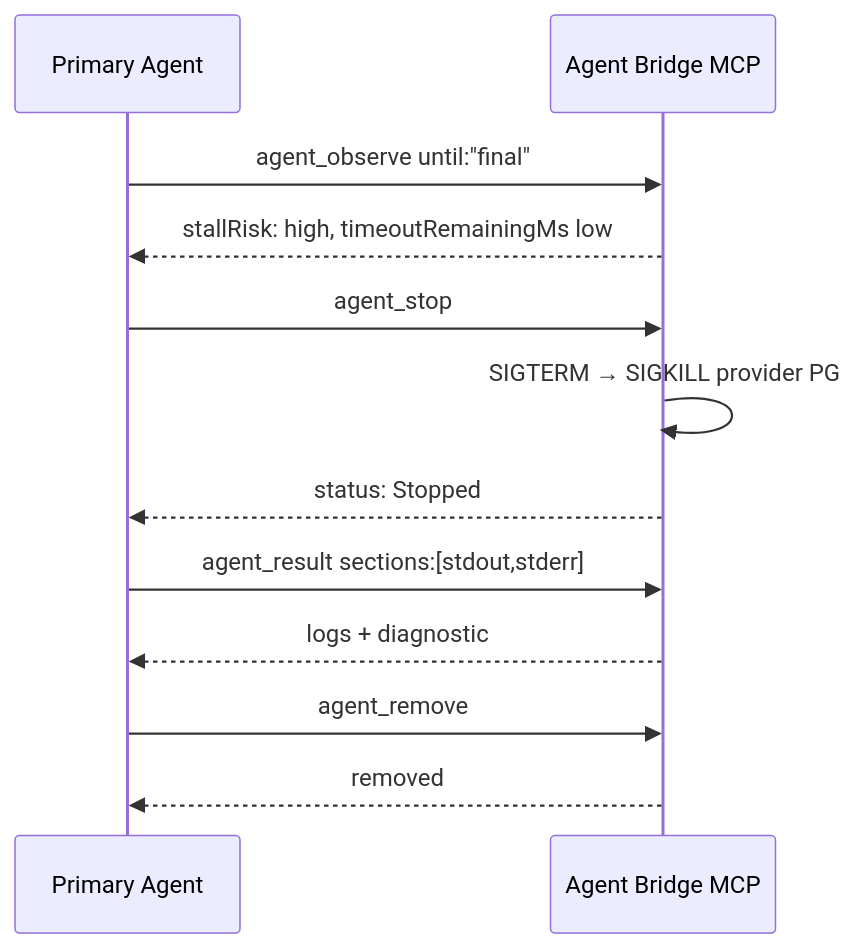
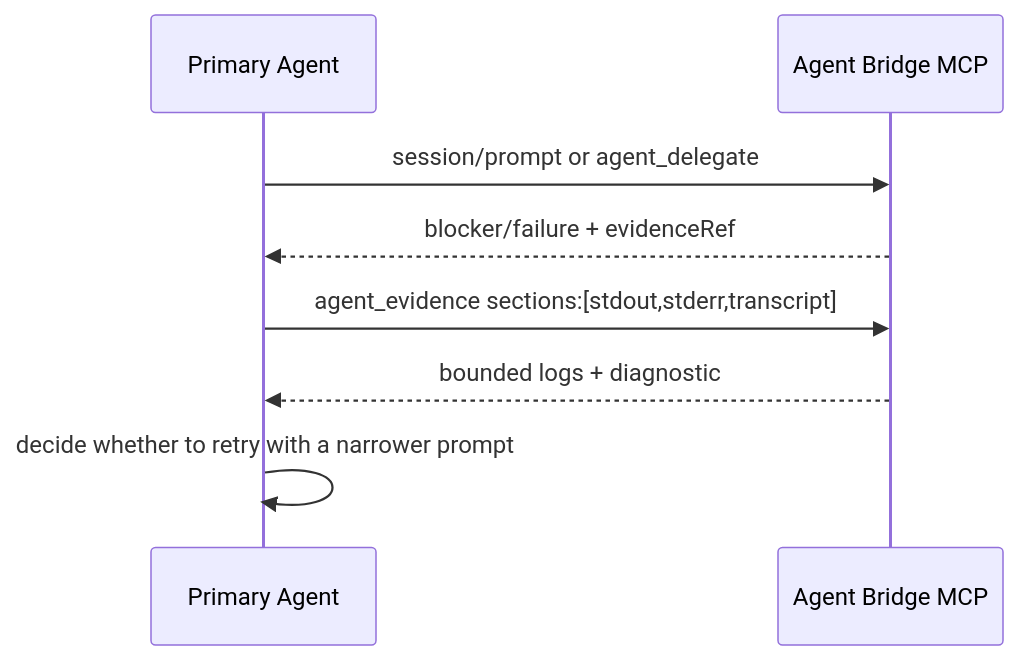
The second of 3 diagrams in docs/BUSINESS-CONTEXT.md (0x7067/agent-bridge-mcp), drawn with Mermaid before and after one commit. The commit also changed other lines of this file and 32 other files, not shown here.

````diff
--- a/docs/BUSINESS-CONTEXT.md
+++ b/docs/BUSINESS-CONTEXT.md
@@ -119,15 +119,11 @@
 ```mermaid
 sequenceDiagram
     participant Caller as Primary Agent
     participant AB as Agent Bridge MCP
 
-    Caller->>AB: agent_observe until:"final"
-    AB-->>Caller: stallRisk: high, timeoutRemainingMs low
-    Caller->>AB: agent_stop
-    AB->>AB: SIGTERM → SIGKILL provider PG
-    AB-->>Caller: status: Stopped
-    Caller->>AB: agent_result sections:[stdout,stderr]
-    AB-->>Caller: logs + diagnostic
-    Caller->>AB: agent_remove
-    AB-->>Caller: removed
+    Caller->>AB: session/prompt or agent_delegate
+    AB-->>Caller: blocker/failure + evidenceRef
+    Caller->>AB: agent_evidence sections:[stdout,stderr,transcript]
+    AB-->>Caller: bounded logs + diagnostic
+    Caller->>Caller: decide whether to retry with a narrower prompt
 ```
````
